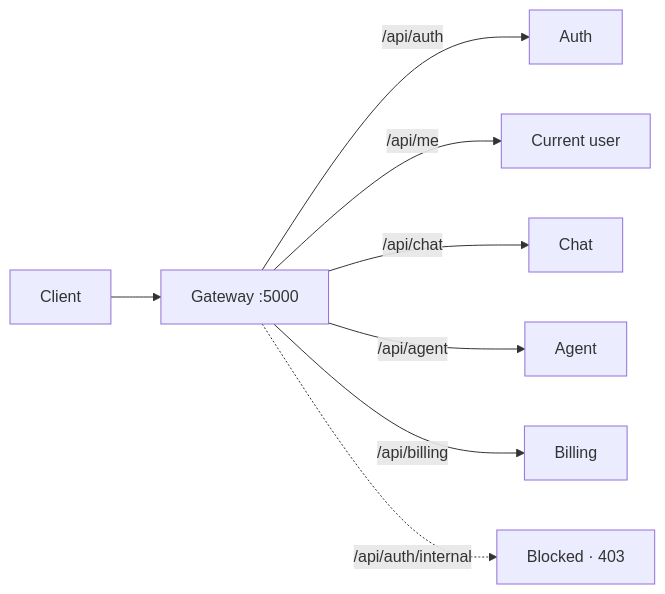
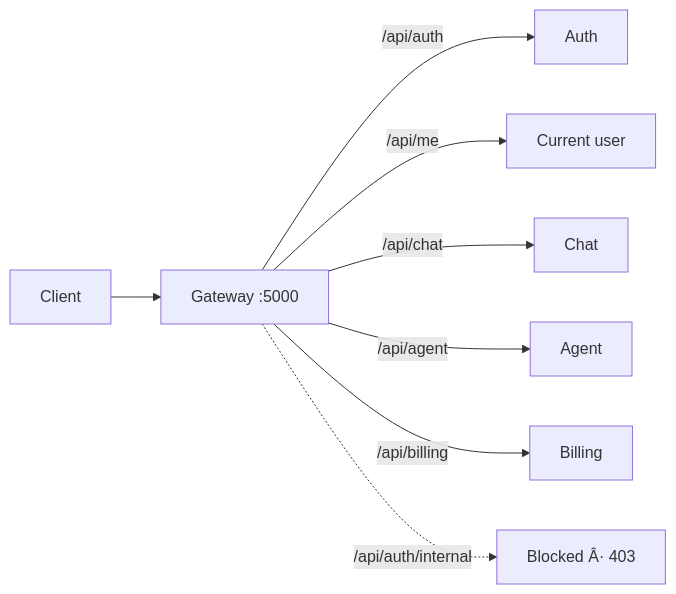
The fourth of 4 diagrams in README.md (aaryansrawat18/AaryanAI-MultiAgent), drawn with Mermaid before and after one commit. The commit also changed other lines of this file, not shown here.

````diff
--- a/README.md
+++ b/README.md
@@ -171,11 +171,11 @@
 ```mermaid
 flowchart LR
   C[Client] --> G[Gateway :5000]
 
   G -->|/api/auth| A[Auth]
   G -->|/api/me| ME[Current user]
   G -->|/api/chat| CH[Chat]
   G -->|/api/agent| AG[Agent]
   G -->|/api/billing| BI[Billing]
-  G -.->|/api/auth/internal| X[Blocked · 403]
+  G -.->|/api/auth/internal| X[Blocked Â· 403]
 ```
````
